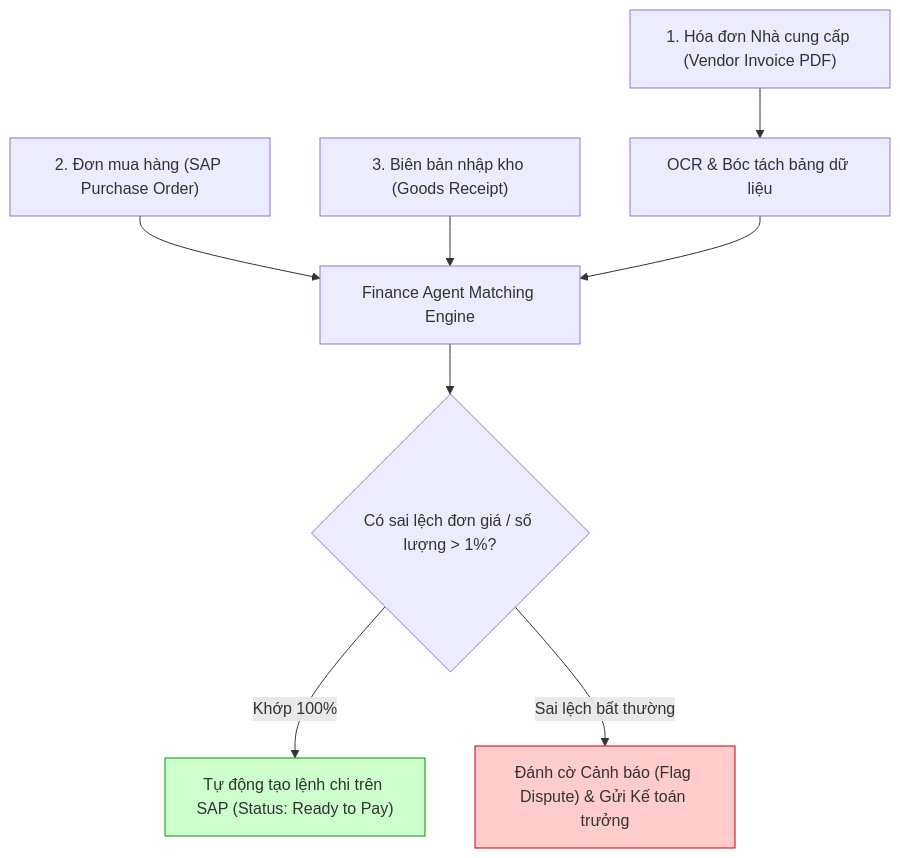
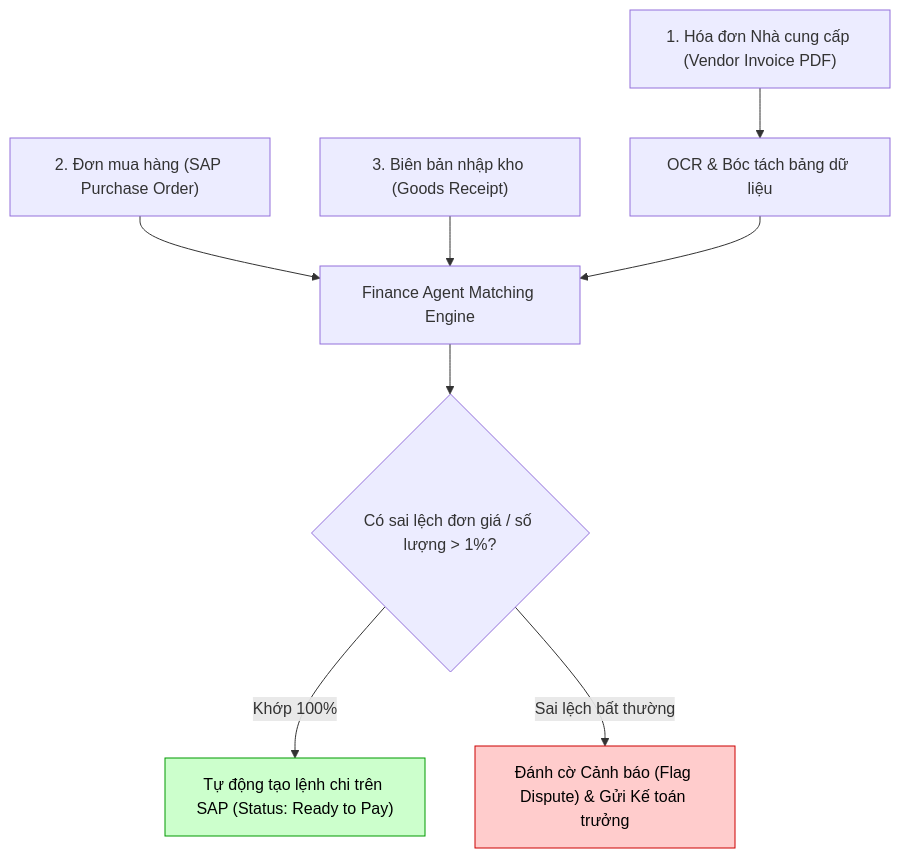
The sixth of 11 diagrams in 03-building-agents/how_to_build_enterprise_ai_agents.md (LeNguyenHaiDuong/agent_course), drawn with Mermaid before and after one commit. The commit also changed other lines of this file and 36 other files, not shown here.

````diff
--- a/03-building-agents/how_to_build_enterprise_ai_agents.md
+++ b/03-building-agents/how_to_build_enterprise_ai_agents.md
@@ -355,14 +355,14 @@
 ```mermaid
 flowchart TD
     Inv["1. Hóa đơn Nhà cung cấp (Vendor Invoice PDF)"] --> OCR["OCR & Bóc tách bảng dữ liệu"]
     PO["2. Đơn mua hàng (SAP Purchase Order)"] --> MatchEngine["Finance Agent Matching Engine"]
     GR["3. Biên bản nhập kho (Goods Receipt)"] --> MatchEngine
     OCR --> MatchEngine
 
     MatchEngine --> CheckDiff{"Có sai lệch đơn giá / số lượng > 1%?"}
     CheckDiff -->|"Khớp 100%"| AutoPay["Tự động tạo lệnh chi trên SAP (Status: Ready to Pay)"]
     CheckDiff -->|"Sai lệch bất thường"| FlagDispute["Đánh cờ Cảnh báo (Flag Dispute) & Gửi Kế toán trưởng"]
 
-    style AutoPay fill:#ccffcc,stroke:#009900
-    style FlagDispute fill:#ffcccc,stroke:#cc0000
+    style AutoPay fill:#ccffcc,stroke:#009900,color:#000000
+    style FlagDispute fill:#ffcccc,stroke:#cc0000,color:#000000
 ```
````
